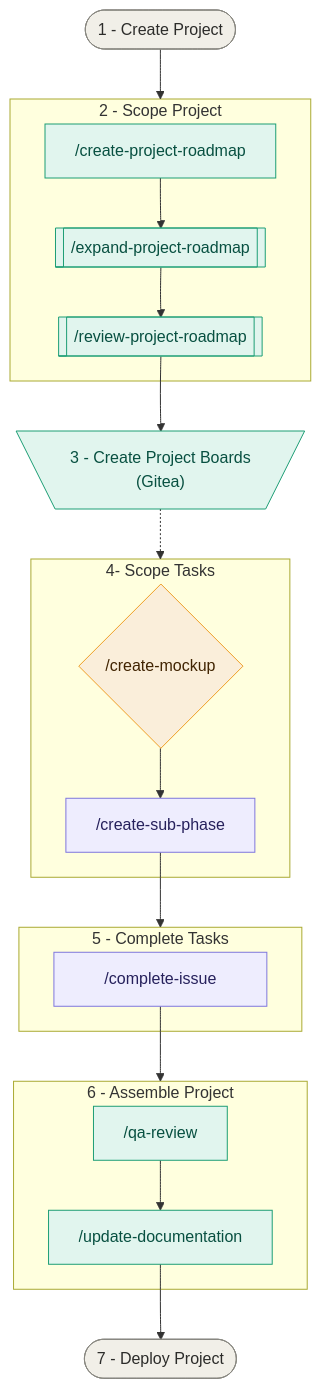
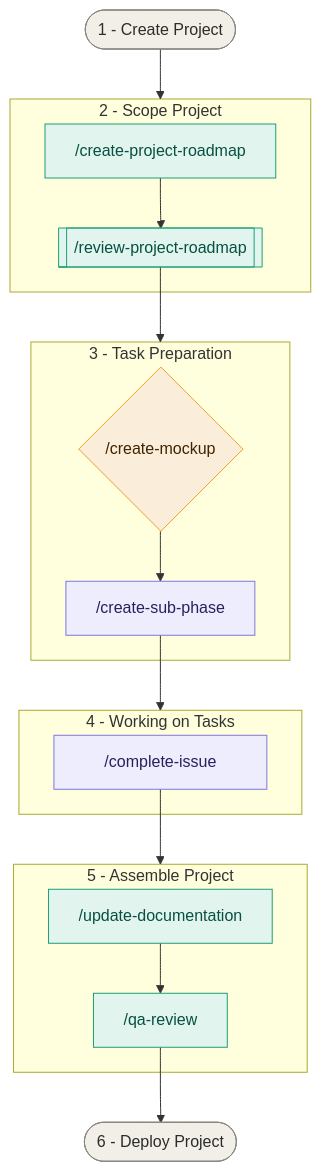
One commit to kheise-91/lottery-codex changed the diagram in docs/guides/development-workflow.md. Above: the diagram before and after it, drawn with Mermaid. The commit also changed other lines of this file, not shown here.

Commit message:
Updating development workflow to include new  branch. More abstraction and prevents master from containing half-completed work.

````diff
--- a/docs/guides/development-workflow.md
+++ b/docs/guides/development-workflow.md
@@ -60,48 +66,43 @@
 ```mermaid
 flowchart TD
     Start([1 - Create Project])
-    End([7 - Deploy Project])
+    End([6 - Deploy Project])
 
     subgraph SCOPE_PROJECT["2 - Scope Project"]
         S1["/create-project-roadmap"]
-        S2@{ shape: subproc, label: "/expand-project-roadmap" }
-        S3@{ shape: subproc, label: "/review-project-roadmap" }
+        S2@{ shape: subproc, label: "/review-project-roadmap" }
     end
 
-    G1@{ shape: trap-t, label: "3 - Create Project Boards <br> (Gitea)"}
-
-    subgraph SCOPE_TASKS["4-  Scope Tasks"]
+    subgraph SCOPE_TASKS["3 - Task Preparation"]
         C1{"/create-mockup"}
         TC1@{ shape: proc, label: "/create-sub-phase" }
     end
 
-    subgraph DEVELOPMENT["5 - Complete Tasks"]
+    subgraph DEVELOPMENT["4 - Working on Tasks"]
         D1@{ shape: proc, label: " &emsp; /complete-issue &emsp; " }
     end
 
-    subgraph ASSEMBLE["6 - Assemble Project"]
+    subgraph ASSEMBLE["5 - Assemble Project"]
+        DOC["/update-documentation"]
         QA["/qa-review"]
-        DOC["/update-documentation"]
     end
 
     Start --> SCOPE_PROJECT
     S1 --> S2
-    S2 --> S3
-    S3 --> G1
-    G1 -.-> SCOPE_TASKS
+    S2 --> SCOPE_TASKS
     C1 --> TC1
     TC1 --> DEVELOPMENT
     D1 --> ASSEMBLE
-    QA --> DOC
-    DOC --> End
+    DOC --> QA
+    QA --> End
 
     classDef sequential fill:#E1F5EE,stroke:#1D9E75,color:#085041
     classDef choice fill:#EEEDFE,stroke:#7F77DD,color:#26215C
     classDef decision fill:#FAEEDA,stroke:#EF9F27,color:#412402
     classDef terminal fill:#F1EFE8,stroke:#888780,color:#2C2C2A
 
     class S1,S2,S3,G1,QA,DOC sequential
     class TC1,TC2,D1,D2,D3 choice
     class C1,C2,C3 decision
     class Start,End terminal
 ```
````
